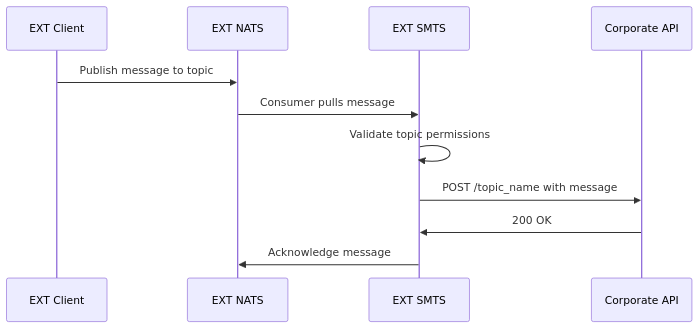
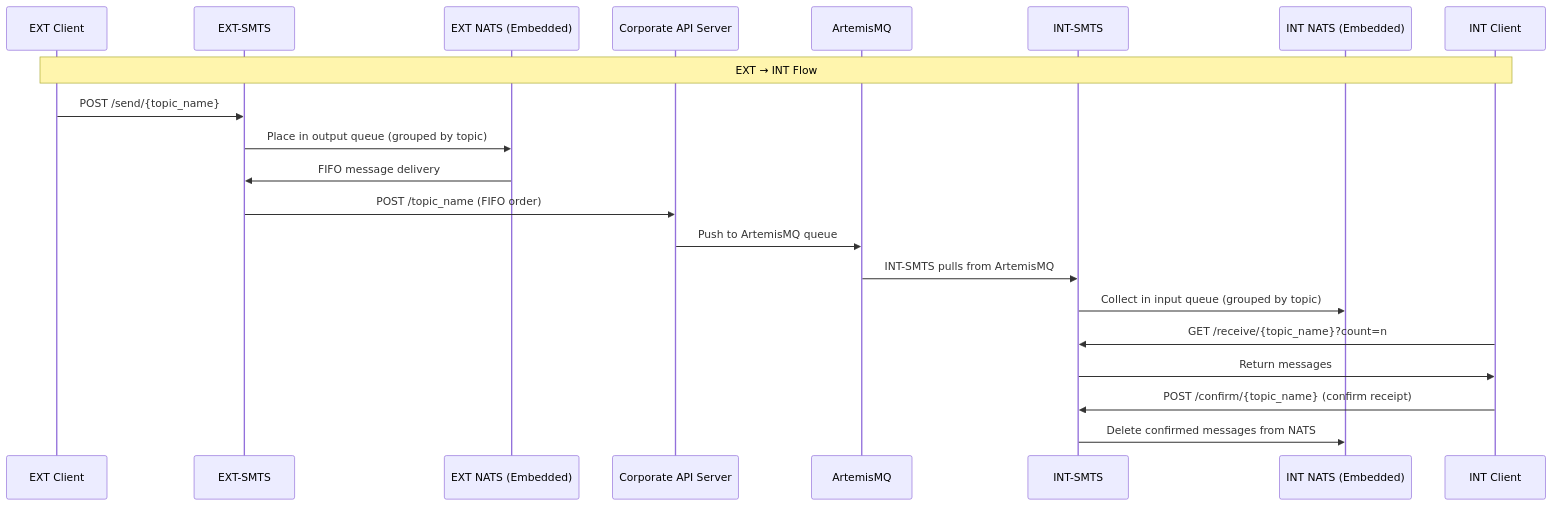
The first of 4 diagrams in README.md (GusevVlad/smts), drawn with Mermaid before and after one commit. The commit also changed other lines of this file and 14 other files, not shown here.

````diff
--- a/README.md
+++ b/README.md
@@ -78,14 +32,24 @@
 ```mermaid
 sequenceDiagram
-    participant C as EXT Client
-    participant N as EXT NATS
-    participant S as EXT SMTS
-    participant A as Corporate API
+    participant EC as EXT Client
+    participant ES as EXT-SMTS
+    participant EN as EXT NATS (Embedded)
+    participant CA as Corporate API Server
+    participant AM as ArtemisMQ
+    participant IS as INT-SMTS
+    participant IN as INT NATS (Embedded)
+    participant IC as INT Client
 
-    C->>N: Publish message to topic
-    N->>S: Consumer pulls message
-    S->>S: Validate topic permissions
-    S->>A: POST /topic_name with message
-    A->>S: 200 OK
-    S->>N: Acknowledge message
+    Note over EC,IC: EXT → INT Flow
+    EC->>ES: POST /send/{topic_name}
+    ES->>EN: Place in output queue (grouped by topic)
+    EN->>ES: FIFO message delivery
+    ES->>CA: POST /topic_name (FIFO order)
+    CA->>AM: Push to ArtemisMQ queue
+    AM->>IS: INT-SMTS pulls from ArtemisMQ
+    IS->>IN: Collect in input queue (grouped by topic)
+    IC->>IS: GET /receive/{topic_name}?count=n
+    IS->>IC: Return messages
+    IC->>IS: POST /confirm/{topic_name} (confirm receipt)
+    IS->>IN: Delete confirmed messages from NATS
 ```
````
